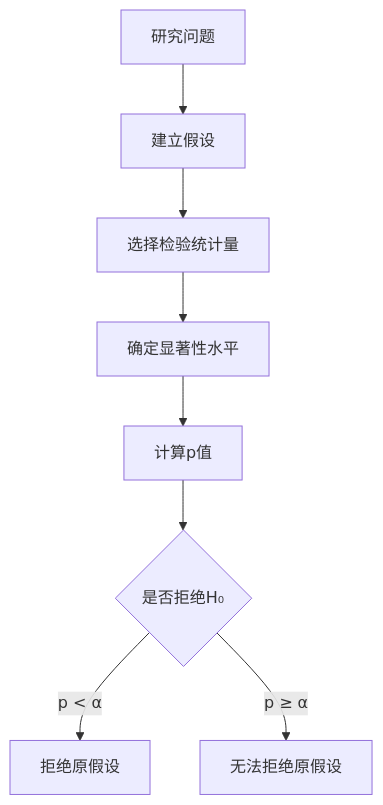
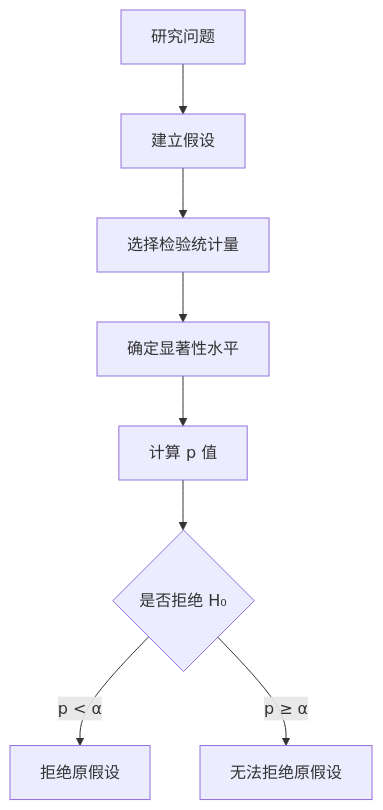
The first of 2 diagrams in 02_NaturalSciences/Mathematics/ProbabilityStatistics/Inference.md (Tianshang301/TianshangKnowledgeBase), drawn with Mermaid before and after one commit. The commit also changed other lines of this file and 2257 other files, not shown here.

````diff
--- a/02_NaturalSciences/Mathematics/ProbabilityStatistics/Inference.md
+++ b/02_NaturalSciences/Mathematics/ProbabilityStatistics/Inference.md
@@ -86,10 +88,10 @@
 ```mermaid
 graph TD
     A[研究问题] --> B[建立假设]
     B --> C[选择检验统计量]
     C --> D[确定显著性水平]
-    D --> E[计算p值]
-    E --> F{是否拒绝H₀}
+    D --> E[计算 p 值]
+    E --> F{是否拒绝 H₀}
     F -->|p < α| G[拒绝原假设]
     F -->|p ≥ α| H[无法拒绝原假设]
 ```
````
